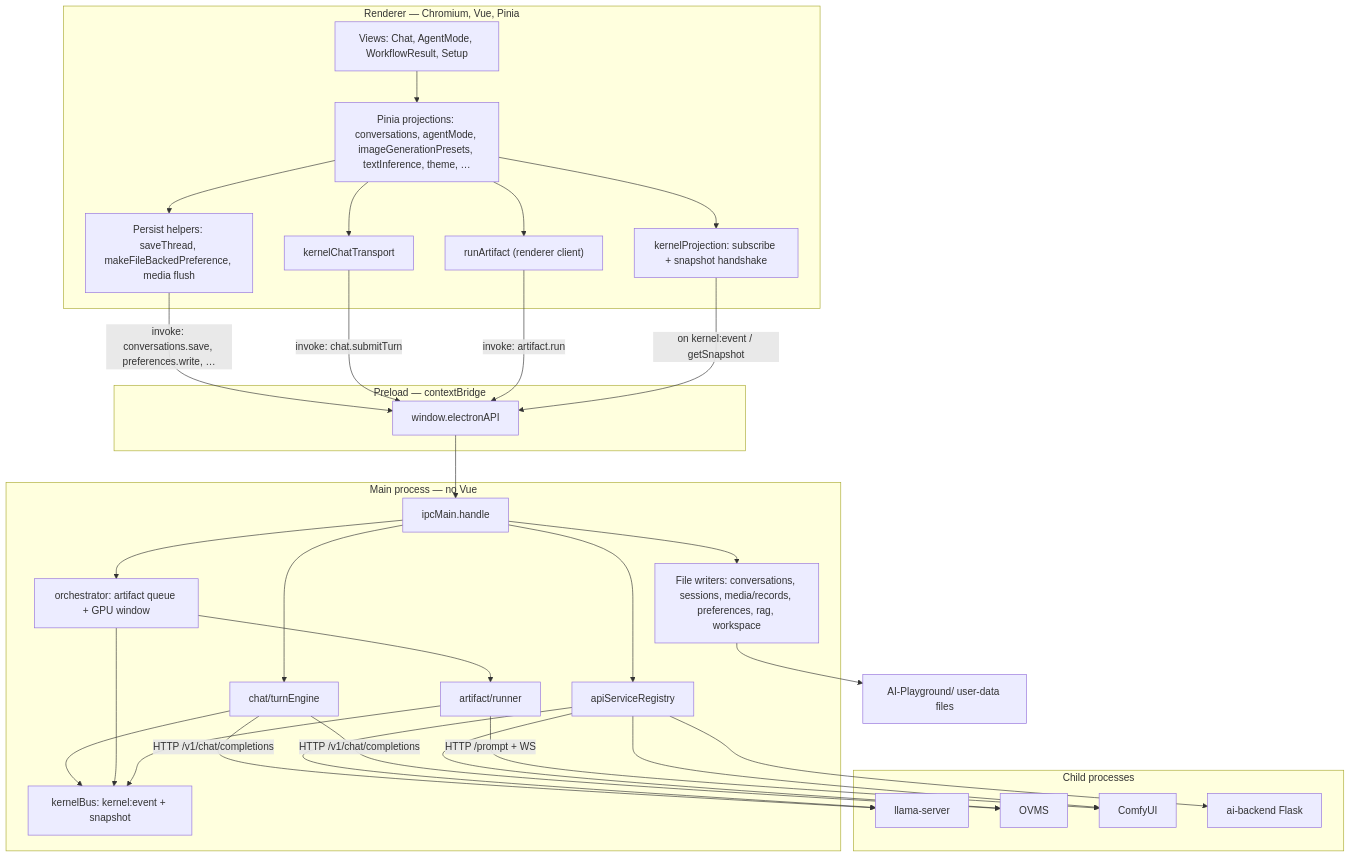
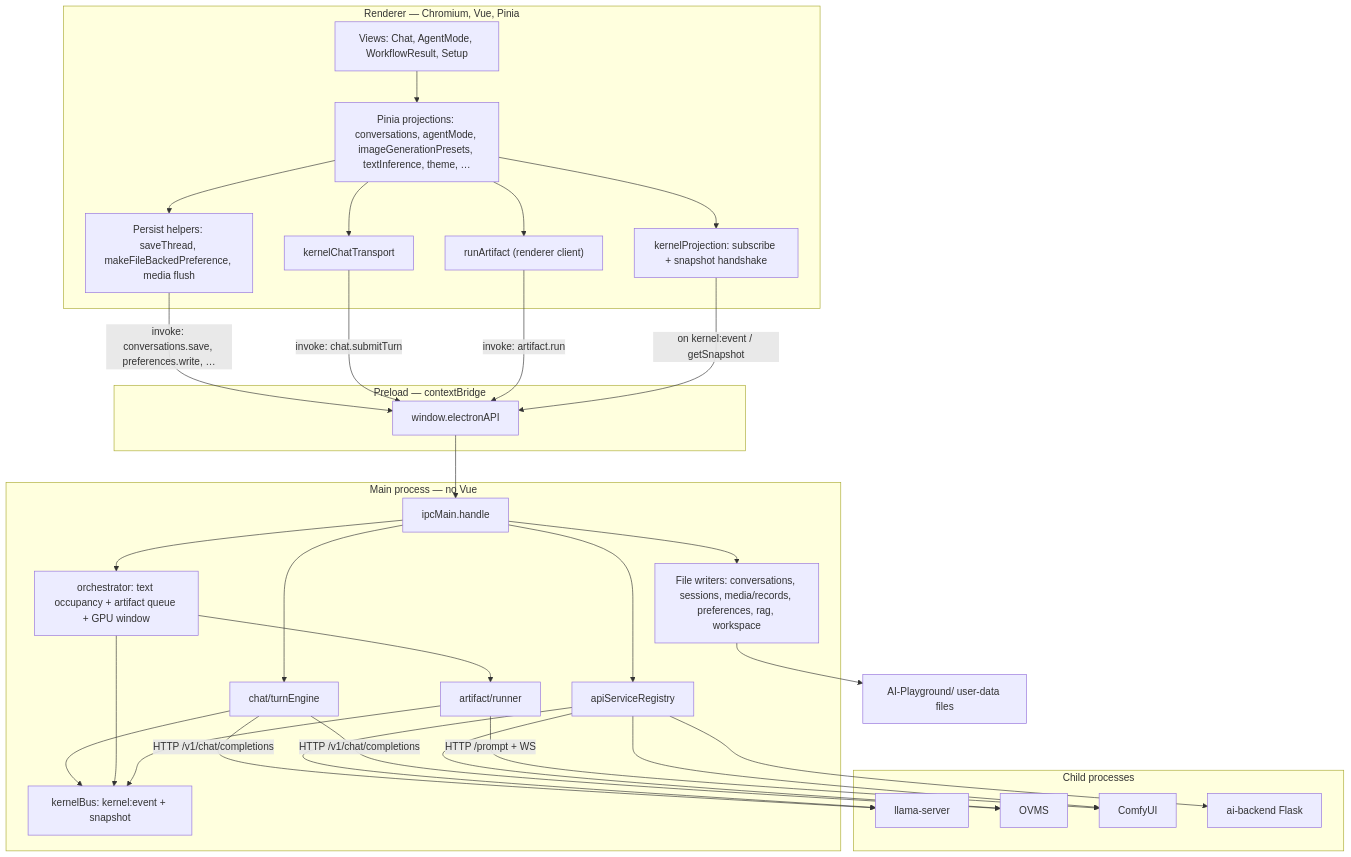
The first of 7 diagrams in docs/architecture-as-landed.md (TNG/AI-Playground), drawn with Mermaid before and after one commit. The commit also changed other lines of this file and 11 other files, not shown here.

First line of the commit message:
feat: admit chat turns as orchestrator text requests

````diff
--- a/docs/architecture-as-landed.md
+++ b/docs/architecture-as-landed.md
@@ -21,59 +22,59 @@
 ```mermaid
 flowchart TB
   subgraph renderer["Renderer — Chromium, Vue, Pinia"]
     views["Views: Chat, AgentMode, WorkflowResult, Setup"]
     pinia["Pinia projections: conversations, agentMode, imageGenerationPresets, textInference, theme, …"]
     persistH["Persist helpers: saveThread, makeFileBackedPreference, media flush"]
     transport["kernelChatTransport"]
     runArt["runArtifact (renderer client)"]
     bridge["kernelProjection: subscribe + snapshot handshake"]
     views --> pinia
     pinia --> persistH
     pinia --> transport
     pinia --> runArt
     pinia --> bridge
   end
 
   subgraph preload["Preload — contextBridge"]
     api["window.electronAPI"]
   end
 
   subgraph kernel["Main process — no Vue"]
     ipc["ipcMain.handle"]
     bus["kernelBus: kernel:event + snapshot"]
     chat["chat/turnEngine"]
-    orch["orchestrator: artifact queue + GPU window"]
+    orch["orchestrator: text occupancy + artifact queue + GPU window"]
     art["artifact/runner"]
     files["File writers: conversations, sessions, media/records, preferences, rag, workspace"]
     registry["apiServiceRegistry"]
     ipc --> chat
     ipc --> orch
     ipc --> files
     ipc --> registry
     chat --> bus
     orch --> art
     orch --> bus
     art --> bus
   end
 
   subgraph backends["Child processes"]
     llama["llama-server"]
     ovms["OVMS"]
     comfy["ComfyUI"]
     flask["ai-backend Flask"]
   end
 
   persistH -->|"invoke: conversations.save, preferences.write, …"| api
   transport -->|"invoke: chat.submitTurn"| api
   runArt -->|"invoke: artifact.run"| api
   bridge -->|"on kernel:event / getSnapshot"| api
   api --> ipc
   chat -->|"HTTP /v1/chat/completions"| llama
   chat -->|"HTTP /v1/chat/completions"| ovms
   art -->|"HTTP /prompt + WS"| comfy
   registry --> llama
   registry --> ovms
   registry --> comfy
   registry --> flask
   files --> disk["AI-Playground/ user-data files"]
 ```
````
